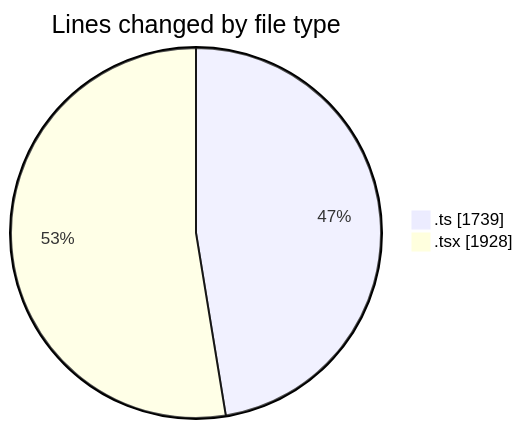
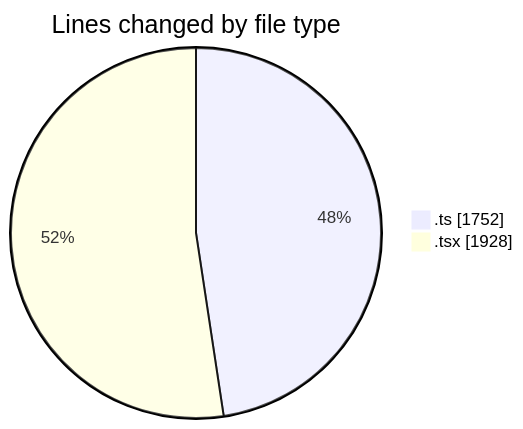
The first of 2 diagrams in 2025-07-01/cda/README.md (momahboobian/code-tracking), drawn with Mermaid before and after one commit. The commit also changed other lines of this file and 1 other file, not shown here.

````diff
--- a/2025-07-01/cda/README.md
+++ b/2025-07-01/cda/README.md
@@ -31,6 +31,6 @@
 ```mermaid
 pie showData
 title Lines changed by file type
-".ts" : 1739
+".ts" : 1752
 ".tsx" : 1928
 ```
````
